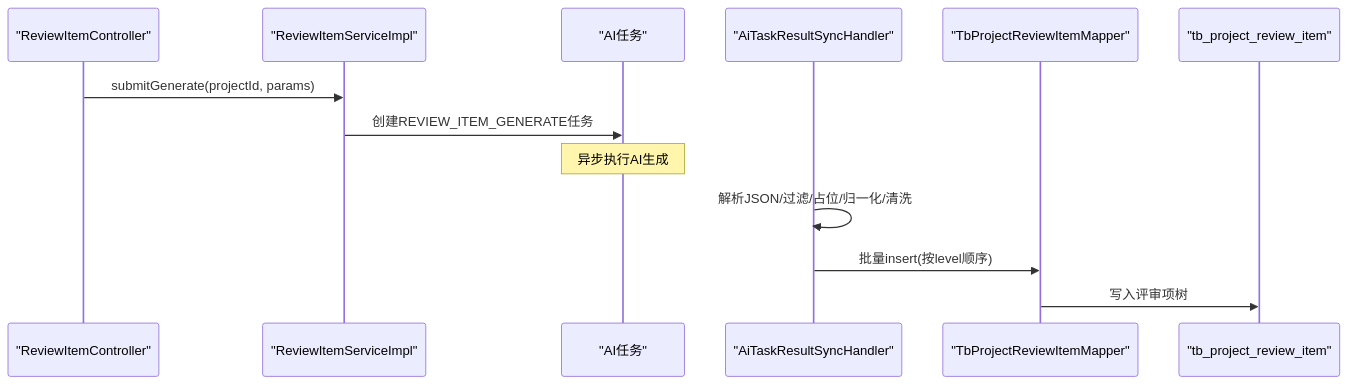
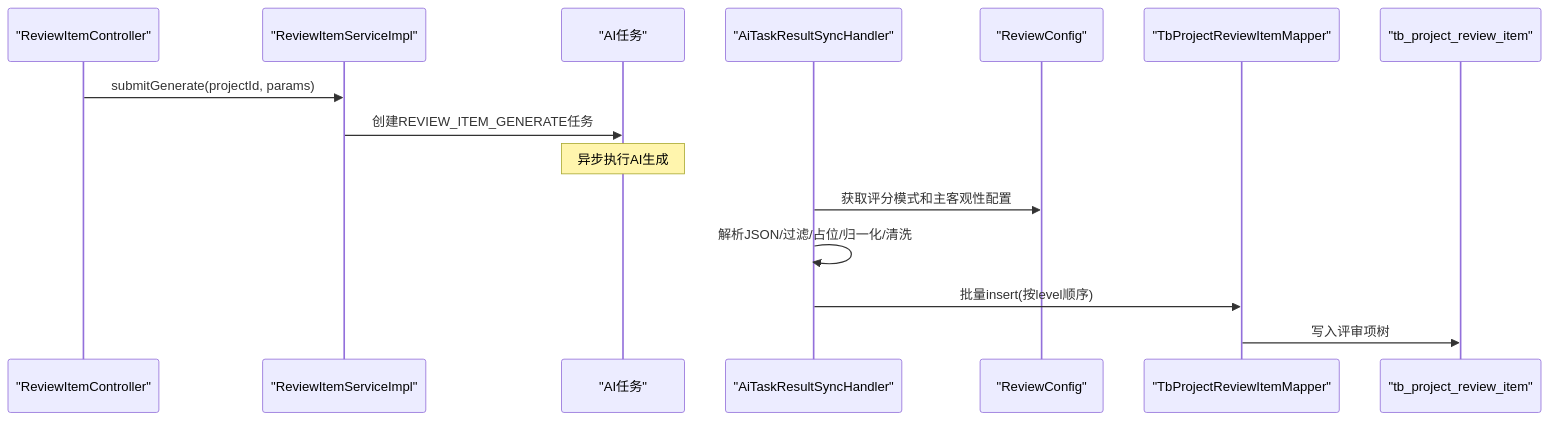
The seventh of 8 diagrams in .qoder/repowiki/zh/content/数据库设计/核心业务数据模型/评审项实体(TbProjectReviewItem).md (DrunkFood/First), drawn with Mermaid before and after one commit. The commit also changed other lines of this file and 70 other files, not shown here.

````diff
--- a/.qoder/repowiki/zh/content/数据库设计/核心业务数据模型/评审项实体(TbProjectReviewItem).md
+++ b/.qoder/repowiki/zh/content/数据库设计/核心业务数据模型/评审项实体(TbProjectReviewItem).md
@@ -318,15 +381,17 @@
 ```mermaid
 sequenceDiagram
 participant Ctrl as "ReviewItemController"
 participant Svc as "ReviewItemServiceImpl"
 participant Task as "AI任务"
 participant Sync as "AiTaskResultSyncHandler"
+participant Config as "ReviewConfig"
 participant Mapper as "TbProjectReviewItemMapper"
 participant DB as "tb_project_review_item"
 Ctrl->>Svc : submitGenerate(projectId, params)
 Svc->>Task : 创建REVIEW_ITEM_GENERATE任务
 Note over Task : 异步执行AI生成
+Sync->>Config : 获取评分模式和主客观性配置
 Sync->>Sync : 解析JSON/过滤/占位/归一化/清洗
 Sync->>Mapper : 批量insert(按level顺序)
 Mapper->>DB : 写入评审项树
 ```
````
